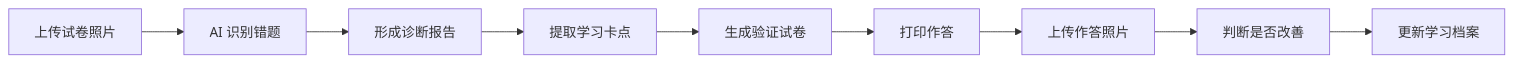
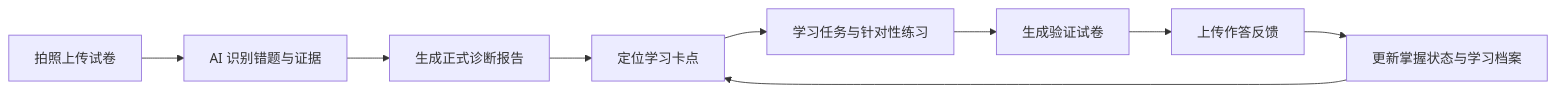
One commit to davyzhong/miniprogram-learning-diagnostic changed the first of 2 diagrams in README.md. Above: the diagram before and after it, drawn with Mermaid. The commit also changed other lines of this file and 9 other files, not shown here.

````diff
--- a/README.md
+++ b/README.md
@@ -221,11 +36,11 @@
 ```mermaid
 flowchart LR
-  A["上传试卷照片"] --> B["AI 识别错题"]
-  B --> C["形成诊断报告"]
-  C --> D["提取学习卡点"]
-  D --> E["生成验证试卷"]
-  E --> F["打印作答"]
-  F --> G["上传作答照片"]
-  G --> H["判断是否改善"]
-  H --> I["更新学习档案"]
+    A[拍照上传试卷] --> B[AI 识别错题与证据]
+    B --> C[生成正式诊断报告]
+    C --> D[定位学习卡点]
+    D --> E[学习任务与针对性练习]
+    E --> F[生成验证试卷]
+    F --> G[上传作答反馈]
+    G --> H[更新掌握状态与学习档案]
+    H --> D
 ```
````
